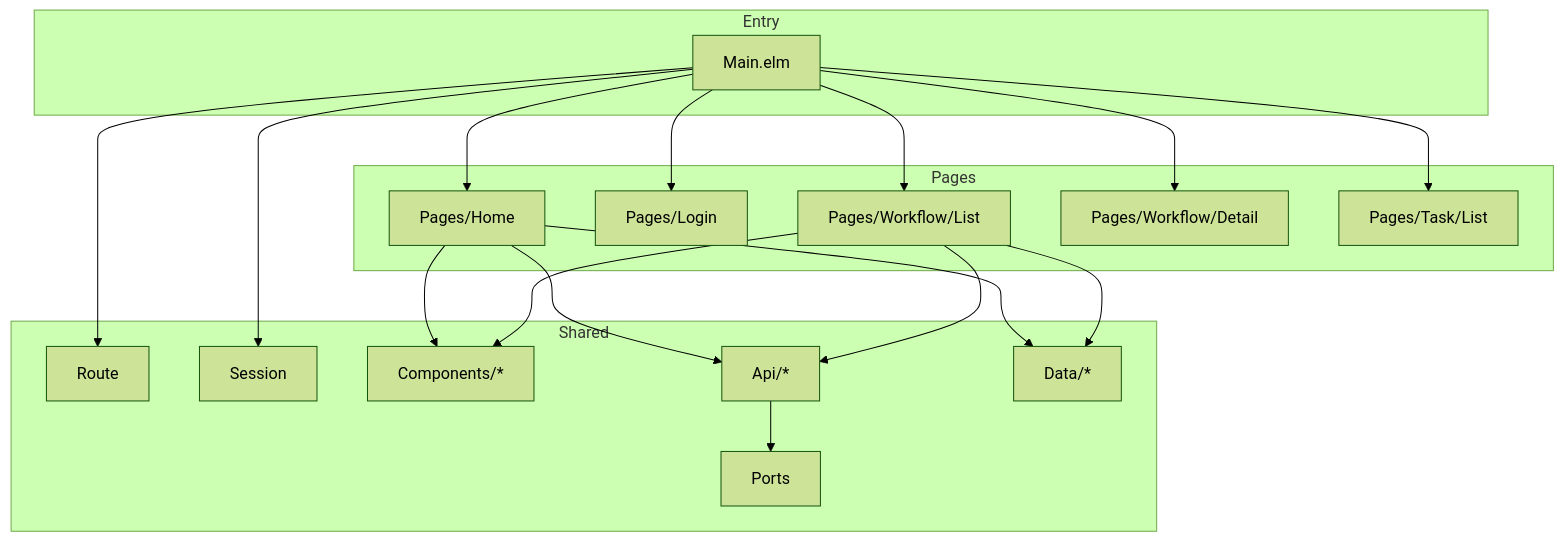
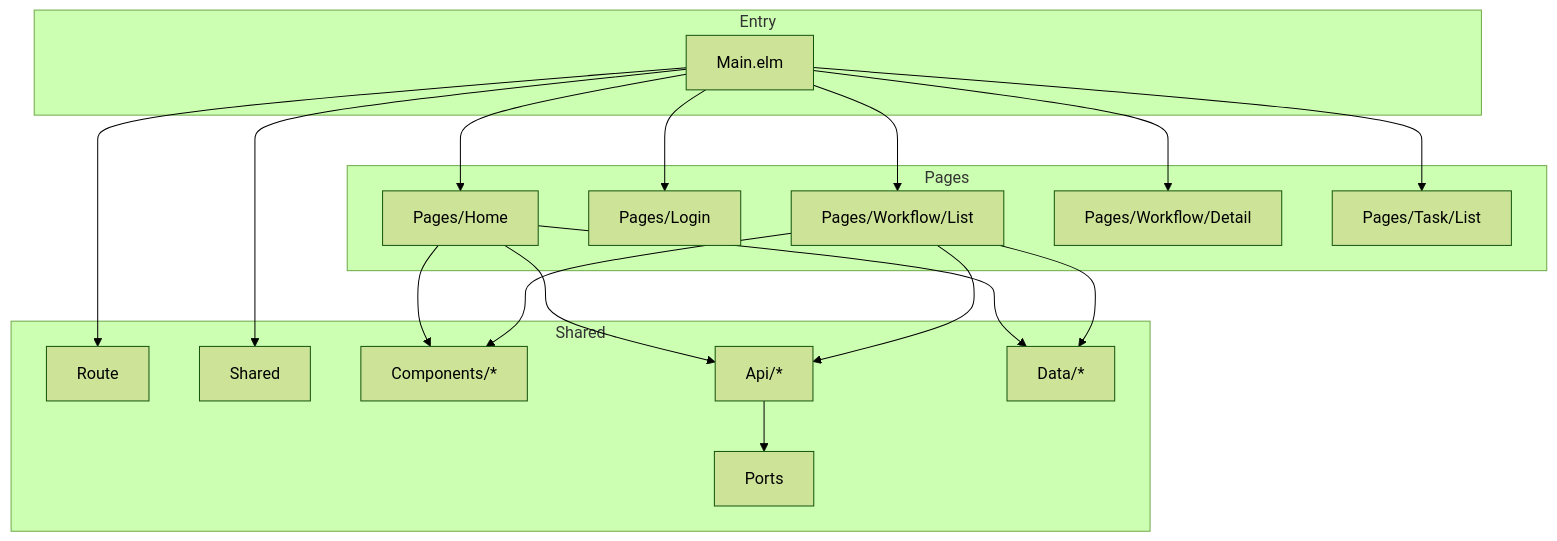
Before and after one commit to ka2kama/ringiflow: the second of 3 diagrams in docs/02_基本設計書/02_プロジェクト構造設計.md, drawn with Mermaid (forest theme). The commit also changed other lines of this file and 9 other files, not shown here.

First line of the commit message:
Session を Shared にリネーム (#160)

````diff
--- a/docs/02_基本設計書/02_プロジェクト構造設計.md
+++ b/docs/02_基本設計書/02_プロジェクト構造設計.md
@@ -421,41 +420,41 @@
 ```mermaid
 graph TB
     subgraph Entry
         Main["Main.elm"]
     end
 
     subgraph Pages
         Home["Pages/Home"]
         Login["Pages/Login"]
         WFList["Pages/Workflow/List"]
         WFDetail["Pages/Workflow/Detail"]
         TaskList["Pages/Task/List"]
     end
 
-    subgraph Shared
+    subgraph SharedModules["Shared"]
         Route["Route"]
-        Session["Session"]
+        SharedState["Shared"]
         Components["Components/*"]
         Api["Api/*"]
         Data["Data/*"]
         Ports["Ports"]
     end
 
     Main --> Route
-    Main --> Session
+    Main --> SharedState
     Main --> Home
     Main --> Login
     Main --> WFList
     Main --> WFDetail
     Main --> TaskList
 
     Home --> Components
     Home --> Api
     Home --> Data
 
     WFList --> Components
     WFList --> Api
     WFList --> Data
 
     Api --> Ports
 ```
````
